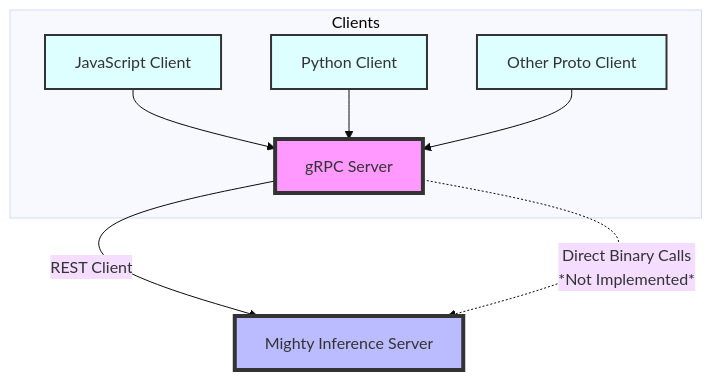
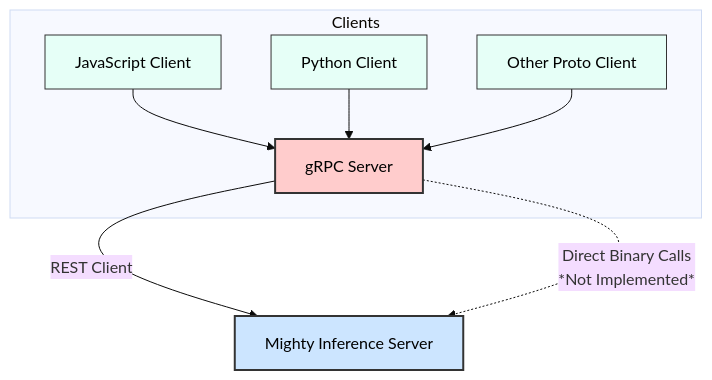
The diagram in README.md (mbarth/mighty-grpc), drawn with Mermaid (base theme) before and after one commit. The commit also changed 1 other file, not shown here.

Commit message:
Made it easier to see against dark theme

````diff
--- a/README.md
+++ b/README.md
@@ -83,16 +83,16 @@
 ```mermaid
 graph TD;
     subgraph Clients
         A[JavaScript Client] --> B[gRPC Server]
         C[Python Client] --> B[gRPC Server]
         E[Other Proto Client] --> B[gRPC Server]
     end
     B[gRPC Server] --> |REST Client| D[Mighty Inference Server]
     B[gRPC Server] -.-> |Direct Binary Calls<br>*Not Implemented*| D[Mighty Inference Server]
 
-    style A fill:#dff,stroke:#333,stroke-width:2px;
-    style C fill:#dff,stroke:#333,stroke-width:2px;
-    style E fill:#dff,stroke:#333,stroke-width:2px;
-    style B fill:#f9f,stroke:#333,stroke-width:4px;
-    style D fill:#bbf,stroke:#333,stroke-width:4px;
+    style B fill:#ffcccc,stroke:#333,stroke-width:2px,color:#000;
+    style D fill:#cce5ff,stroke:#333,stroke-width:2px,color:#000;
+    style A fill:#e6fff7,stroke:#333,stroke-width:1px,color:#000;
+    style C fill:#e6fff7,stroke:#333,stroke-width:1px,color:#000;
+    style E fill:#e6fff7,stroke:#333,stroke-width:1px,color:#000;
 ```
````
